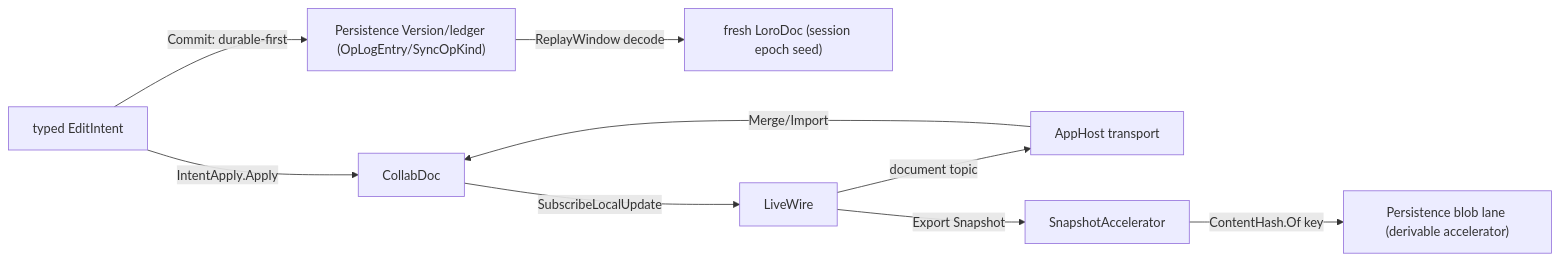
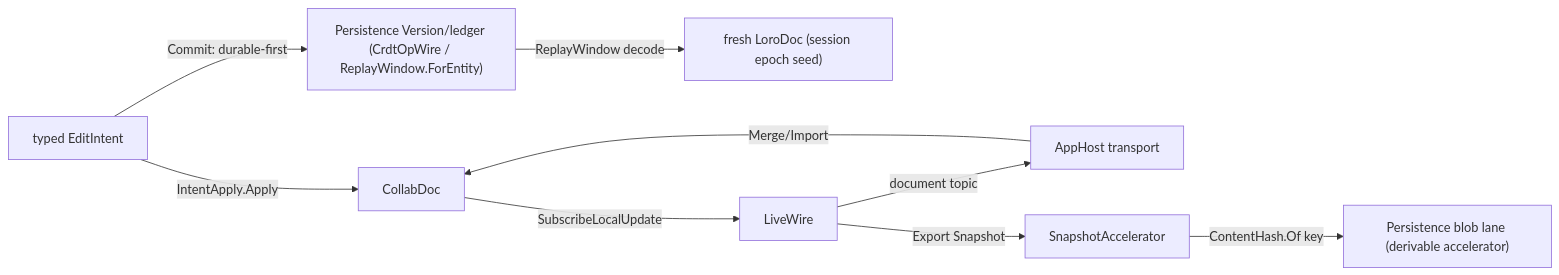
One commit to bsamiee/Rasm changed the first of 2 diagrams in libs/csharp/Rasm.AppUi/.planning/Collab/sync.md. Above: the diagram before and after it, drawn with Mermaid. The commit also changed other lines of this file and 64 other files, not shown here.

````diff
--- a/libs/csharp/Rasm.AppUi/.planning/Collab/sync.md
+++ b/libs/csharp/Rasm.AppUi/.planning/Collab/sync.md
@@ -403,11 +488,11 @@
 ```mermaid
 flowchart LR
-    Edit[typed EditIntent] -->|Commit: durable-first| Ledger["Persistence Version/ledger (OpLogEntry/SyncOpKind)"]
+    Edit[typed EditIntent] -->|Commit: durable-first| Ledger["Persistence Version/ledger (CrdtOpWire / ReplayWindow.ForEntity)"]
     Edit -->|IntentApply.Apply| CollabDoc
     Ledger -->|ReplayWindow decode| Fresh["fresh LoroDoc (session epoch seed)"]
     CollabDoc -->|SubscribeLocalUpdate| LiveWire
     LiveWire -->|document topic| Transport["AppHost transport"]
     Transport -->|Merge/Import| CollabDoc
     LiveWire -->|Export Snapshot| SnapshotAccelerator
     SnapshotAccelerator -->|ContentHash.Of key| Blob["Persistence blob lane (derivable accelerator)"]
 ```
````
